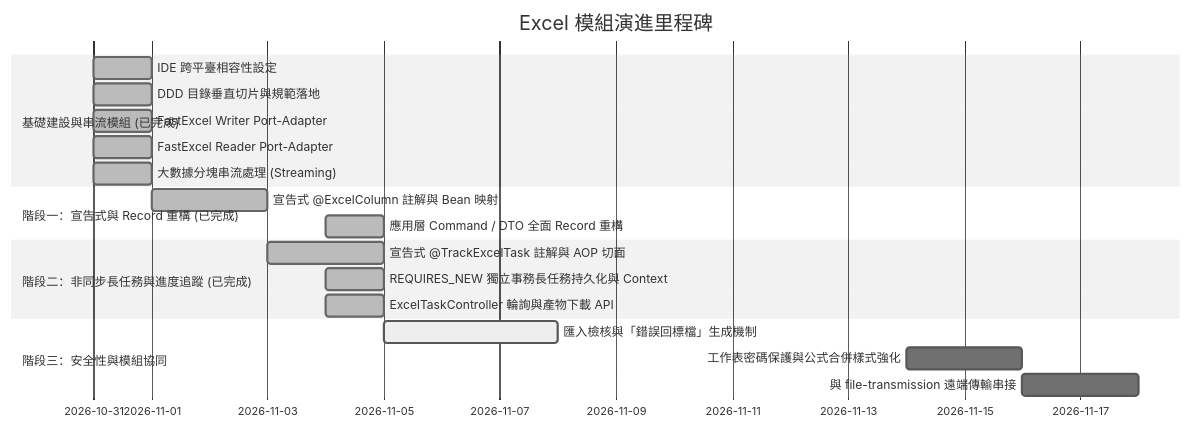
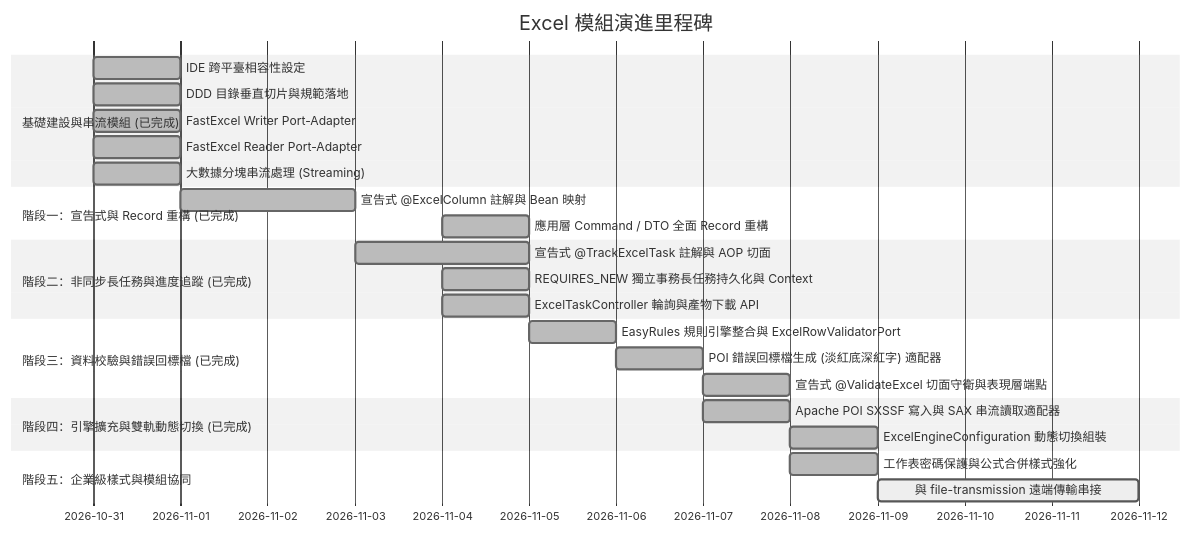
One commit to nick54785478/excel-module changed the second of 2 diagrams in doc/design/architecture-design.md. Above: the diagram before and after it, drawn with Mermaid (neutral theme). The commit also changed other lines of this file and 93 other files, not shown here.

````diff
--- a/doc/design/architecture-design.md
+++ b/doc/design/architecture-design.md
@@ -237,25 +305,33 @@
 ```mermaid
 gantt
     title Excel 模組演進里程碑
     dateFormat  YYYY-MM-DD
     section 基礎建設與串流模組 (已完成)
     IDE 跨平臺相容性設定           :done, 2026-10-31, 1d
     DDD 目錄垂直切片與規範落地       :done, 2026-10-31, 1d
     FastExcel Writer Port-Adapter  :done, 2026-10-31, 1d
     FastExcel Reader Port-Adapter  :done, 2026-10-31, 1d
     大數據分塊串流處理 (Streaming)  :done, 2026-10-31, 1d
     
     section 階段一：宣告式與 Record 重構 (已完成)
     宣告式 @ExcelColumn 註解與 Bean 映射 :done, 2026-11-01, 2d
     應用層 Command / DTO 全面 Record 重構 :done, 2026-11-04, 1d
     
     section 階段二：非同步長任務與進度追蹤 (已完成)
     宣告式 @TrackExcelTask 註解與 AOP 切面 :done, 2026-11-03, 2d
     REQUIRES_NEW 獨立事務長任務持久化與 Context :done, 2026-11-04, 1d
     ExcelTaskController 輪詢與產物下載 API :done, 2026-11-04, 1d
     
-    section 階段三：安全性與模組協同
-    匯入檢核與「錯誤回標檔」生成機制       :active, 2026-11-05, 3d
-    工作表密碼保護與公式合併樣式強化       :2026-11-14, 2d
-    與 file-transmission 遠端傳輸串接   :2026-11-16, 2d
+    section 階段三：資料校驗與錯誤回標檔 (已完成)
+    EasyRules 規則引擎整合與 ExcelRowValidatorPort :done, 2026-11-05, 1d
+    POI 錯誤回標檔生成 (淡紅底深紅字) 適配器     :done, 2026-11-06, 1d
+    宣告式 @ValidateExcel 切面守衛與表現層端點  :done, 2026-11-07, 1d
+    
+    section 階段四：引擎擴充與雙軌動態切換 (已完成)
+    Apache POI SXSSF 寫入與 SAX 串流讀取適配器 :done, 2026-11-07, 1d
+    ExcelEngineConfiguration 動態切換組裝     :done, 2026-11-08, 1d
+    
+    section 階段五：企業級樣式與模組協同
+    工作表密碼保護與公式合併樣式強化       :done, 2026-11-08, 1d
+    與 file-transmission 遠端傳輸串接   :active, 2026-11-09, 3d
 ```
````
